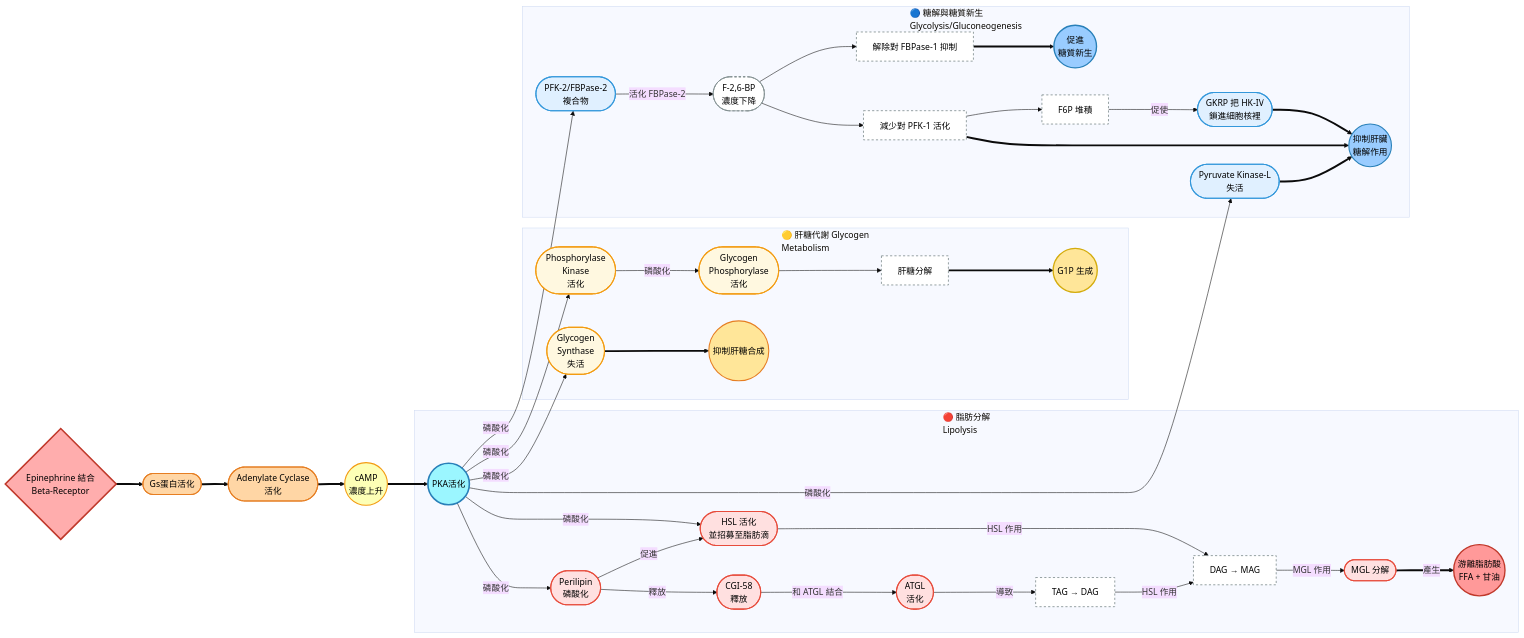
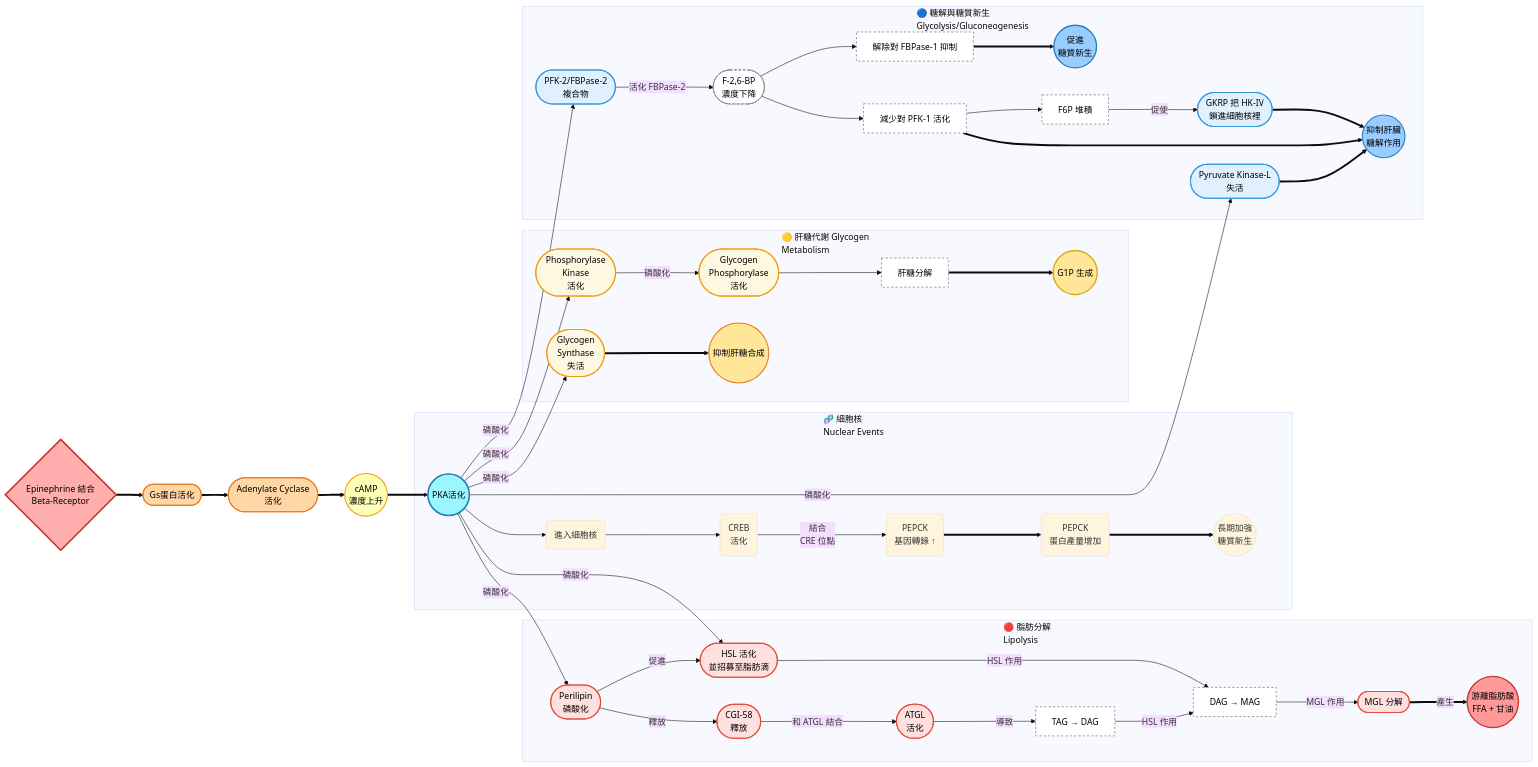
One commit to Jacklyn301/biochem_note_1142 changed diagram 22 of 27 in biochemistry_1st midterm.md. Above: the diagram before and after it, drawn with Mermaid (base theme).

Commit message:
Update biochemistry_1st midterm.md

```diff
--- a/biochemistry_1st midterm.md
+++ b/biochemistry_1st midterm.md
@@ -1340,6 +1340,14 @@
 Gs ==> AC([Adenylate Cyclase<br>活化]):::ac
 AC ==> cAMP((cAMP<br>濃度上升)):::camp
 cAMP ==> PKA((PKA活化)):::pka
+
+subgraph "🧬 細胞核<br>Nuclear Events"
+        PKA-->Nuc(進入細胞核)
+        Nuc--> CREB(CREB<br>活化)
+        CREB --結合<br>CRE 位點--> PEPCK_Gene(PEPCK<br>基因轉錄 ↑)
+        PEPCK_Gene ==> PEPCK_Protein(PEPCK<br>蛋白產量增加)
+        PEPCK_Protein ==> GNG_Long((長期加強<br>糖質新生))
+end
 
 %% ========== 🔴 脂肪分解 (Lipolysis) ==========
 subgraph Lipolysis [🔴 脂肪分解<br>Lipolysis]
```
